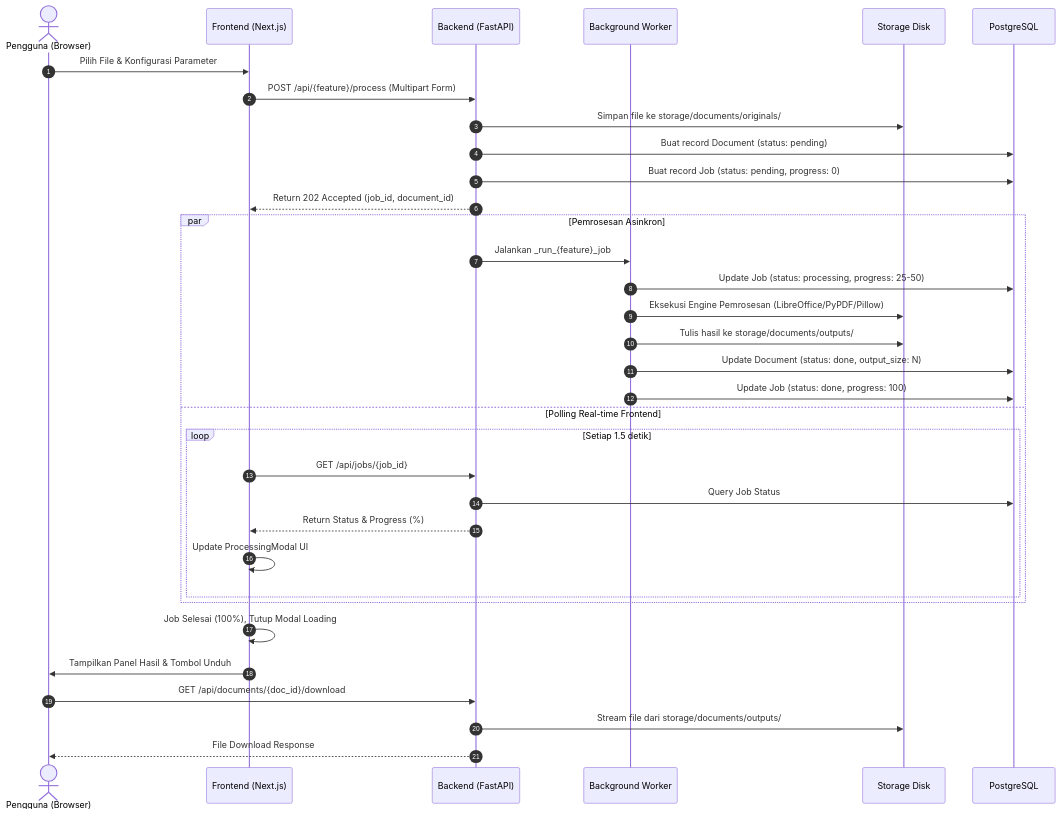
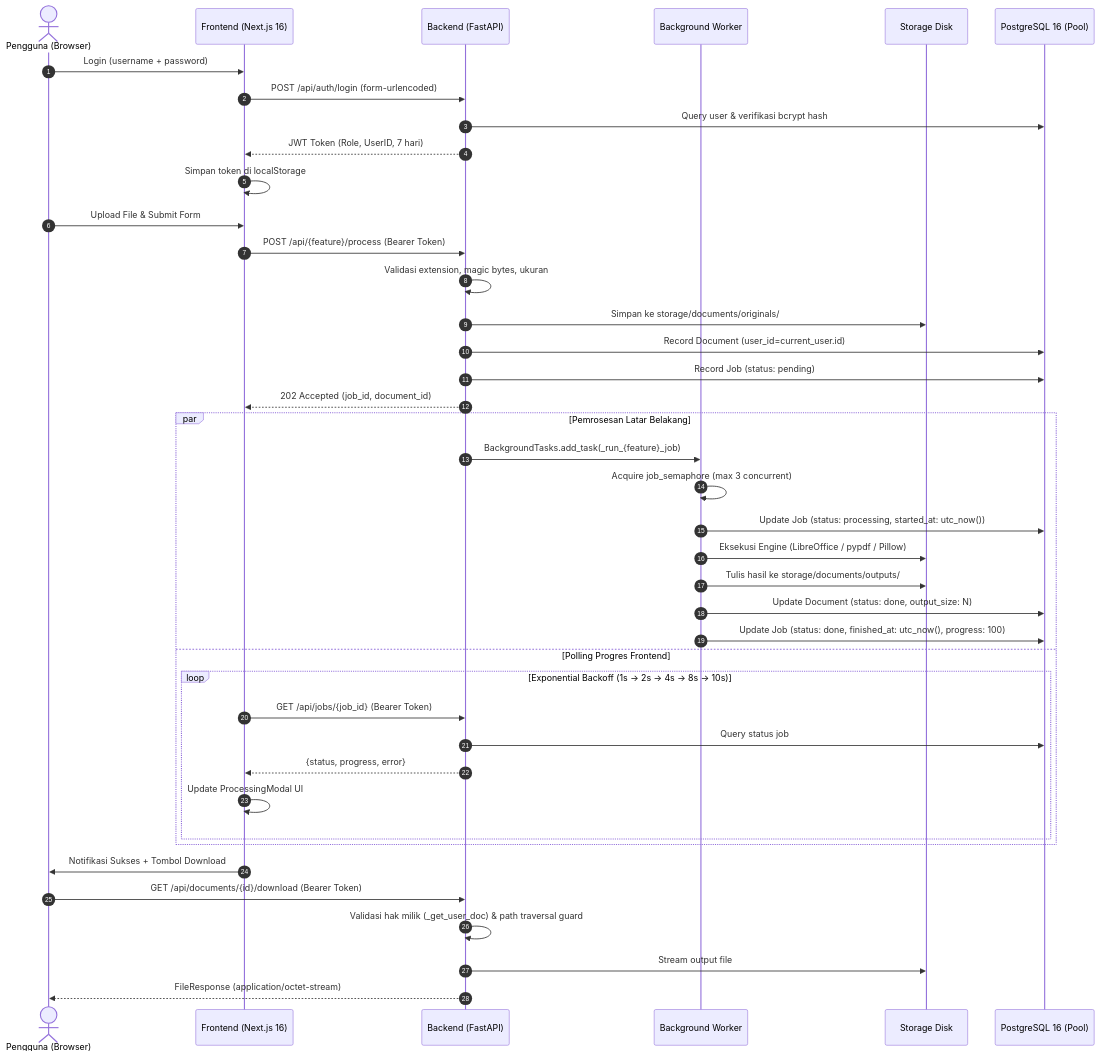
Before and after one commit to Iyaddhh/smartdoc: the second of 3 diagrams in project.md, drawn with Mermaid. The commit also changed other lines of this file and 118 other files, not shown here.

````diff
--- a/project.md
+++ b/project.md
@@ -108,39 +177,47 @@
 ```mermaid
 sequenceDiagram
     autonumber
     actor User as Pengguna (Browser)
-    participant Front as Frontend (Next.js)
+    participant Front as Frontend (Next.js 16)
     participant Back as Backend (FastAPI)
     participant BG as Background Worker
     participant Disk as Storage Disk
-    participant DB as PostgreSQL
+    participant DB as PostgreSQL 16 (Pool)
 
-    User->>Front: Pilih File & Konfigurasi Parameter
-    Front->>Back: POST /api/{feature}/process (Multipart Form)
-    Back->>Disk: Simpan file ke storage/documents/originals/
-    Back->>DB: Buat record Document (status: pending)
-    Back->>DB: Buat record Job (status: pending, progress: 0)
-    Back-->>Front: Return 202 Accepted (job_id, document_id)
-    
-    par Pemrosesan Asinkron
-        Back->>BG: Jalankan _run_{feature}_job
-        BG->>DB: Update Job (status: processing, progress: 25-50)
-        BG->>Disk: Eksekusi Engine Pemrosesan (LibreOffice/PyPDF/Pillow)
+    User->>Front: Login (username + password)
+    Front->>Back: POST /api/auth/login (form-urlencoded)
+    Back->>DB: Query user & verifikasi bcrypt hash
+    Back-->>Front: JWT Token (Role, UserID, 7 hari)
+    Front->>Front: Simpan token di localStorage
+
+    User->>Front: Upload File & Submit Form
+    Front->>Back: POST /api/{feature}/process (Bearer Token)
+    Back->>Back: Validasi extension, magic bytes, ukuran
+    Back->>Disk: Simpan ke storage/documents/originals/
+    Back->>DB: Record Document (user_id=current_user.id)
+    Back->>DB: Record Job (status: pending)
+    Back-->>Front: 202 Accepted (job_id, document_id)
+
+    par Pemrosesan Latar Belakang
+        Back->>BG: BackgroundTasks.add_task(_run_{feature}_job)
+        BG->>BG: Acquire job_semaphore (max 3 concurrent)
+        BG->>DB: Update Job (status: processing, started_at: utc_now())
+        BG->>Disk: Eksekusi Engine (LibreOffice / pypdf / Pillow)
         BG->>Disk: Tulis hasil ke storage/documents/outputs/
         BG->>DB: Update Document (status: done, output_size: N)
-        BG->>DB: Update Job (status: done, progress: 100)
-    and Polling Real-time Frontend
-        loop Setiap 1.5 detik
-            Front->>Back: GET /api/jobs/{job_id}
-            Back->>DB: Query Job Status
-            Back-->>Front: Return Status & Progress (%)
+        BG->>DB: Update Job (status: done, finished_at: utc_now(), progress: 100)
+    and Polling Progres Frontend
+        loop Exponential Backoff (1s -> 2s -> 4s -> 8s -> 10s)
+            Front->>Back: GET /api/jobs/{job_id} (Bearer Token)
+            Back->>DB: Query status job
+            Back-->>Front: {status, progress, error}
             Front->>Front: Update ProcessingModal UI
         end
     end
 
-    Front->>Front: Job Selesai (100%), Tutup Modal Loading
-    Front->>User: Tampilkan Panel Hasil & Tombol Unduh
-    User->>Back: GET /api/documents/{doc_id}/download
-    Back->>Disk: Stream file dari storage/documents/outputs/
-    Back-->>User: File Download Response
+    Front->>User: Notifikasi Sukses + Tombol Download
+    User->>Back: GET /api/documents/{id}/download (Bearer Token)
+    Back->>Back: Validasi hak milik (_get_user_doc) & path traversal guard
+    Back->>Disk: Stream output file
+    Back-->>User: FileResponse (application/octet-stream)
 ```
````
